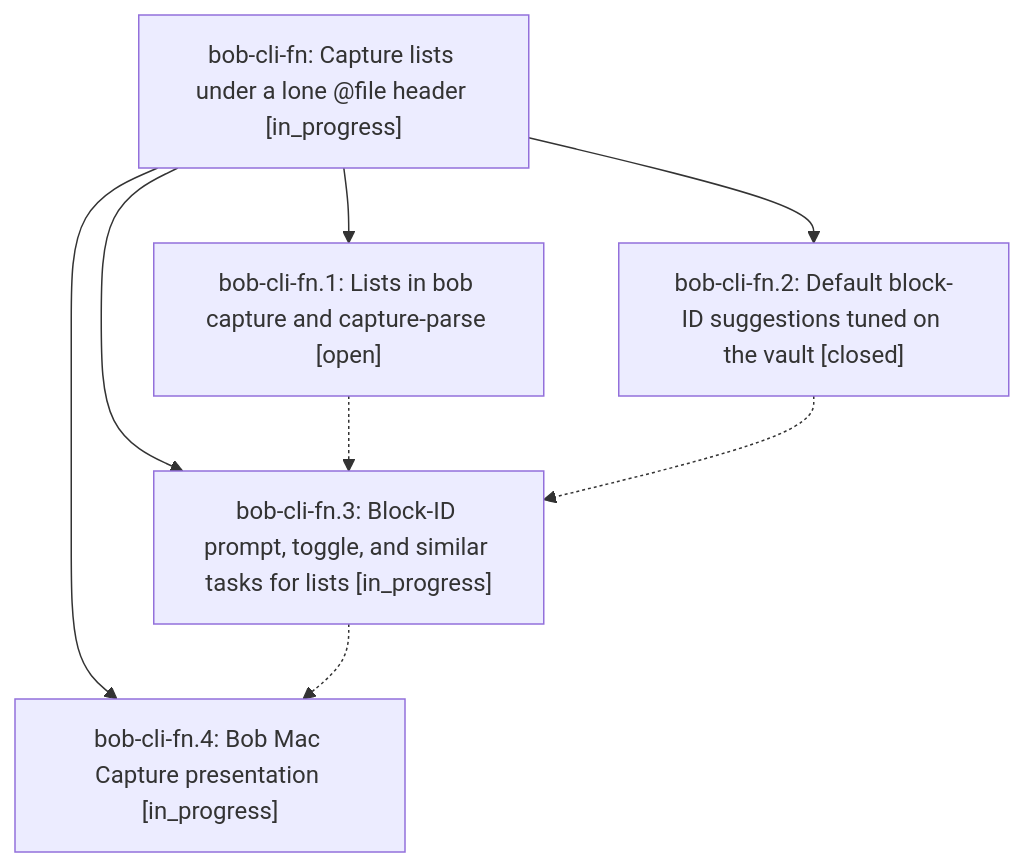
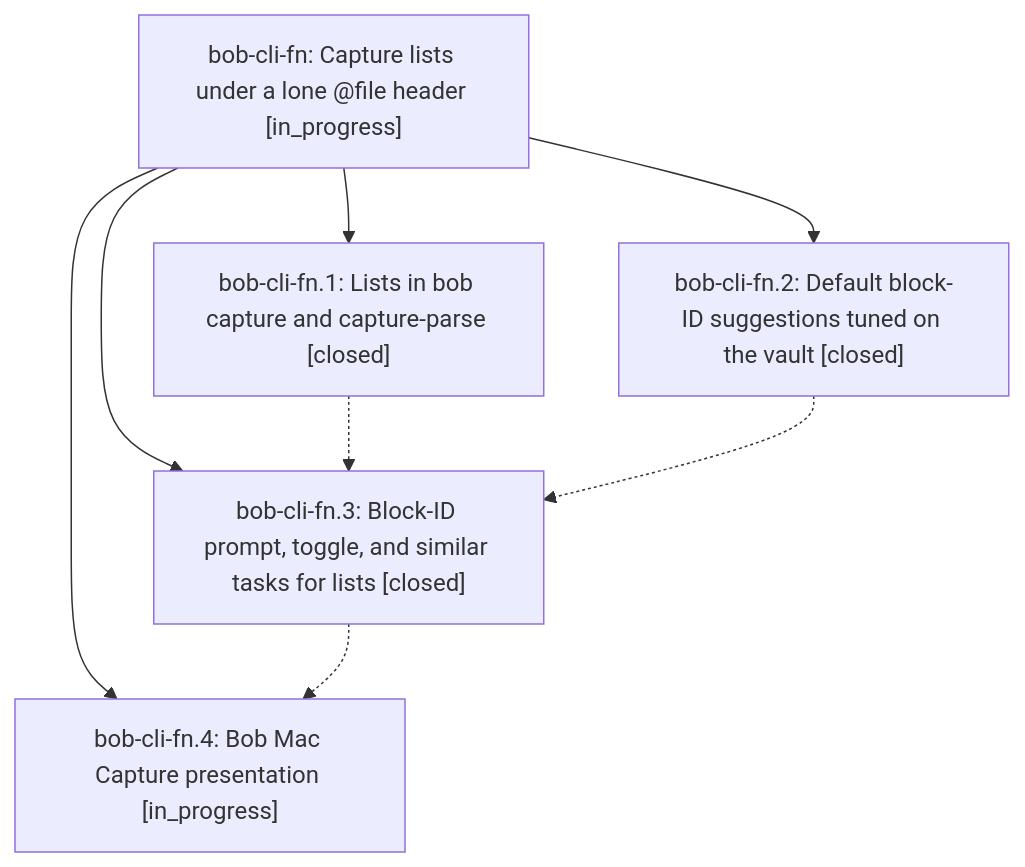
The diagram in pages/bob-cli-fn/README.md (bobs-org/bob-cli--beads), drawn with Mermaid before and after one commit. The commit also changed other lines of this file and 4 other files, not shown here.

First line of the commit message:
chore(beads): sync bead state and pages for bob-cli-fn

````diff
--- a/pages/bob-cli-fn/README.md
+++ b/pages/bob-cli-fn/README.md
@@ -39,15 +43,15 @@
 ```mermaid
 flowchart TD
     n0["bob-cli-fn: Capture lists under a lone @file header [in_progress]"]
-    n1["bob-cli-fn.1: Lists in bob capture and capture-parse [open]"]
+    n1["bob-cli-fn.1: Lists in bob capture and capture-parse [closed]"]
     n2["bob-cli-fn.2: Default block-ID suggestions tuned on the vault [closed]"]
-    n3["bob-cli-fn.3: Block-ID prompt, toggle, and similar tasks for lists [in_progress]"]
+    n3["bob-cli-fn.3: Block-ID prompt, toggle, and similar tasks for lists [closed]"]
     n4["bob-cli-fn.4: Bob Mac Capture presentation [in_progress]"]
     n0 --> n1
     n0 --> n2
     n0 --> n3
     n0 --> n4
     n1 -.-> n3
     n2 -.-> n3
     n3 -.-> n4
 ```
````
